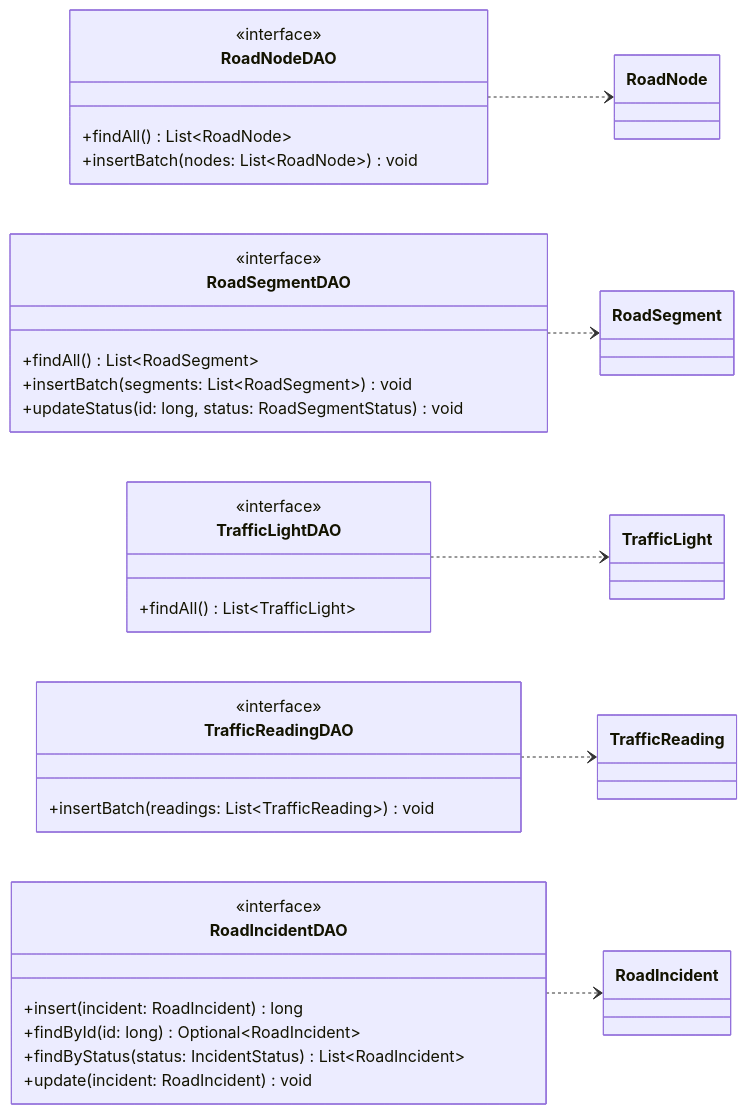
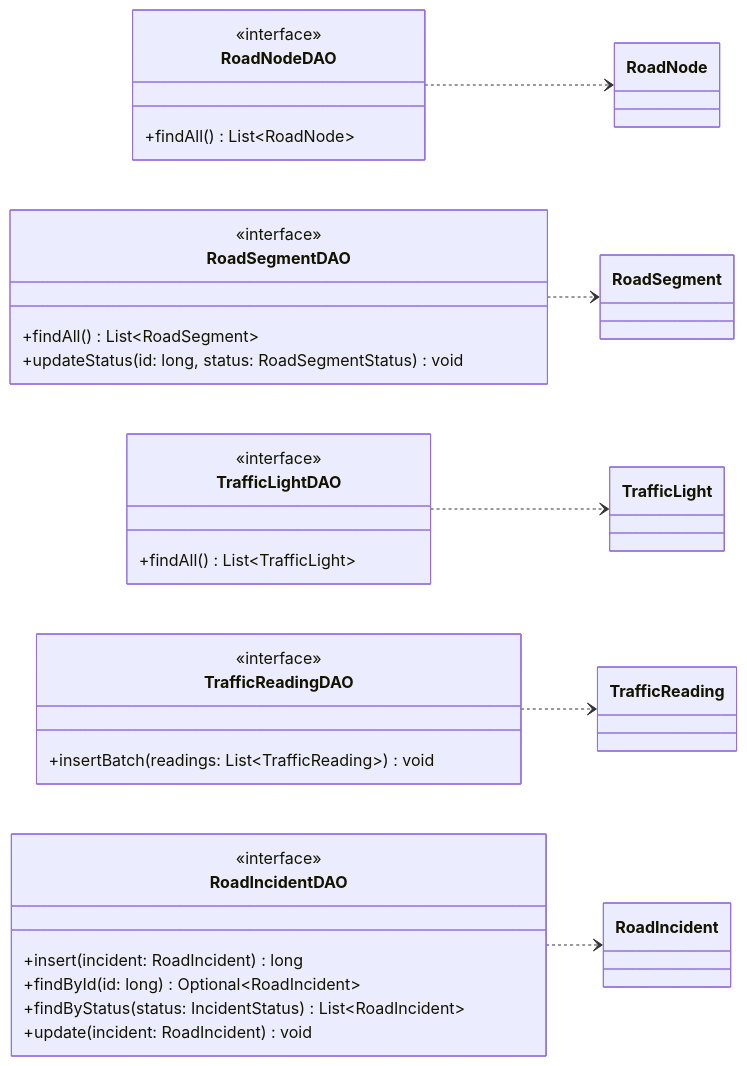
Diagram 12 of 22 in docs/class-diagram.md (afzabaleta/RutaVida), drawn with Mermaid before and after one commit. The commit also changed other lines of this file, not shown here.

Commit message:
docs: sync-road-network-daos

````diff
--- a/docs/class-diagram.md
+++ b/docs/class-diagram.md
@@ -786,46 +788,44 @@
 ```mermaid
 ---
 config:
   markdownAutoWrap: false
 ---
 classDiagram
     direction LR
 
     class RoadNodeDAO {
         <<interface>>
         +findAll() List~RoadNode~
-        +insertBatch(nodes: List~RoadNode~) void
     }
     class RoadSegmentDAO {
         <<interface>>
         +findAll() List~RoadSegment~
-        +insertBatch(segments: List~RoadSegment~) void
         +updateStatus(id: long, status: RoadSegmentStatus) void
     }
     class TrafficLightDAO {
         <<interface>>
         +findAll() List~TrafficLight~
     }
     class TrafficReadingDAO {
         <<interface>>
         +insertBatch(readings: List~TrafficReading~) void
     }
     class RoadIncidentDAO {
         <<interface>>
         +insert(incident: RoadIncident) long
         +findById(id: long) Optional~RoadIncident~
         +findByStatus(status: IncidentStatus) List~RoadIncident~
         +update(incident: RoadIncident) void
     }
     class RoadNode
     class RoadSegment
     class TrafficLight
     class TrafficReading
     class RoadIncident
 
     RoadNodeDAO ..> RoadNode
     RoadSegmentDAO ..> RoadSegment
     TrafficLightDAO ..> TrafficLight
     TrafficReadingDAO ..> TrafficReading
     RoadIncidentDAO ..> RoadIncident
 ```
````
